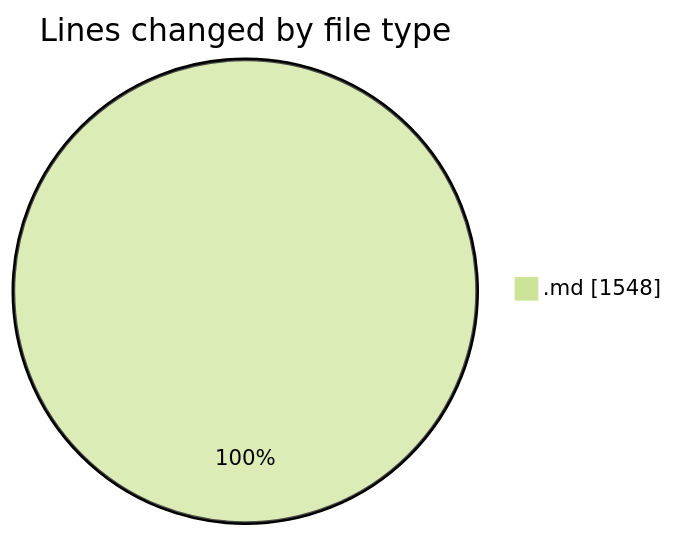
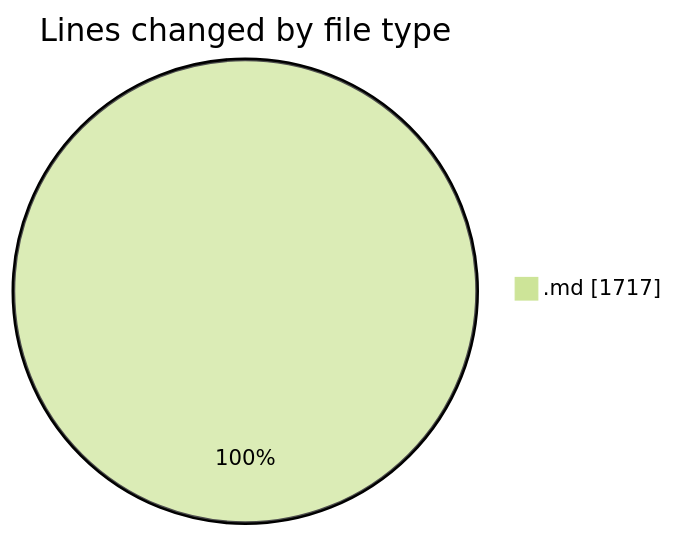
The first of 2 diagrams in 2025-07-18/urlwebwala_intership_work/README.md (Ritupan-Deka/code-tracking), drawn with Mermaid (forest theme) before and after one commit. The commit also changed other lines of this file and 1 other file, not shown here.

````diff
--- a/2025-07-18/urlwebwala_intership_work/README.md
+++ b/2025-07-18/urlwebwala_intership_work/README.md
@@ -21,5 +21,5 @@
 ```mermaid
 pie showData
 title Lines changed by file type
-".md" : 1548
+".md" : 1717
 ```
````
